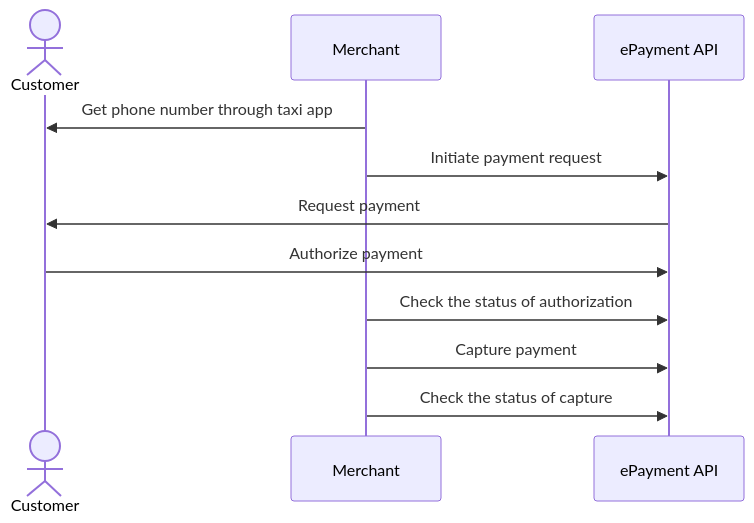
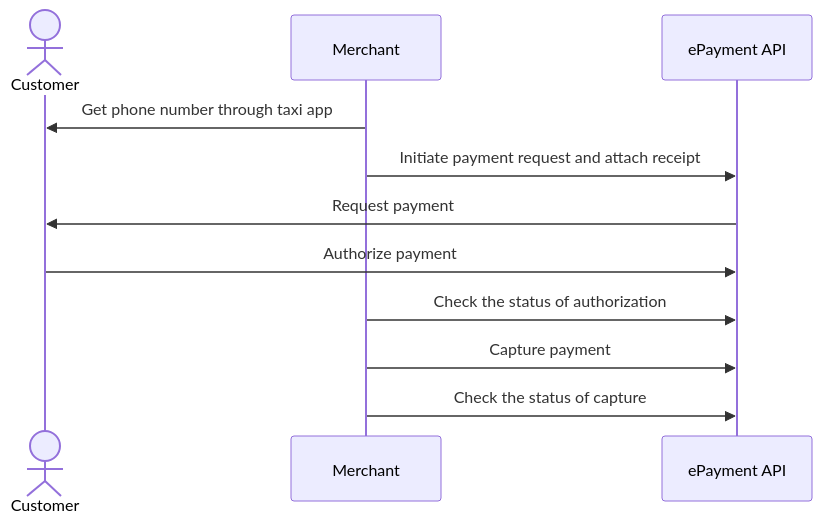
Before and after one commit to vippsas/vipps-solutions: the diagram in taxi-companies/taximeter-initiates-payment-request-with-app.md, drawn with Mermaid. The commit also changed other lines of this file and 19 other files, not shown here.

Commit message:
Provide unique examples. Add receipt in payment request when possible.

````diff
--- a/taxi-companies/taximeter-initiates-payment-request-with-app.md
+++ b/taxi-companies/taximeter-initiates-payment-request-with-app.md
@@ -46,14 +96,14 @@
 ``` mermaid
 sequenceDiagram
     actor C as Customer
     participant M as Merchant
     participant ePayment as ePayment API
 
     M->>C: Get phone number through taxi app
-    M->>ePayment: Initiate payment request
+    M->>ePayment: Initiate payment request and attach receipt
     ePayment->>C: Request payment
     C->>ePayment: Authorize payment
     M->>ePayment: Check the status of authorization
     M->>ePayment: Capture payment 
     M->>ePayment: Check the status of capture
 ```
````
